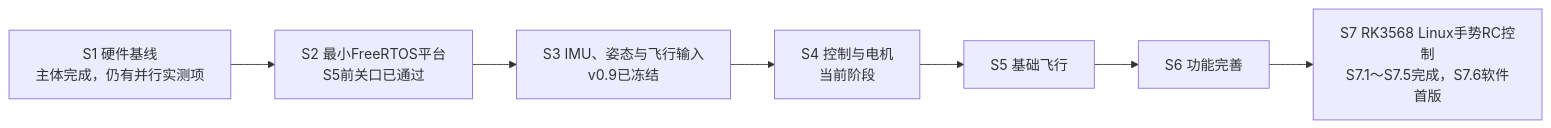
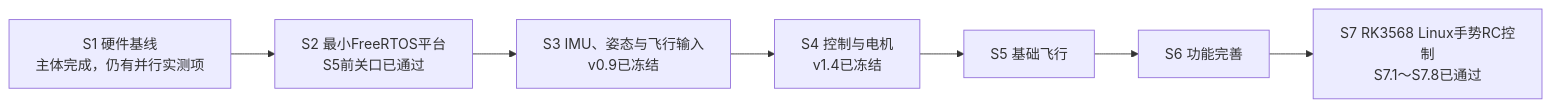
The diagram in Docs/00_项目开发路线与统一进度.md (weiguang0423/getfun-f722-freertos), drawn with Mermaid before and after one commit. The commit also changed other lines of this file and 4 other files, not shown here.

````diff
--- a/Docs/00_项目开发路线与统一进度.md
+++ b/Docs/00_项目开发路线与统一进度.md
@@ -98,12 +98,12 @@
 ```mermaid
 flowchart LR
     S1["S1 硬件基线<br/>主体完成，仍有并行实测项"]
     S2["S2 最小FreeRTOS平台<br/>S5前关口已通过"]
     S3["S3 IMU、姿态与飞行输入<br/>v0.9已冻结"]
-    S4["S4 控制与电机<br/>当前阶段"]
+    S4["S4 控制与电机<br/>v1.4已冻结"]
     S5["S5 基础飞行"]
     S6["S6 功能完善"]
-    S7["S7 RK3568 Linux手势RC控制<br/>S7.1～S7.5完成，S7.6软件首版"]
+    S7["S7 RK3568 Linux手势RC控制<br/>S7.1～S7.8已通过"]
 
     S1 --> S2 --> S3 --> S4 --> S5 --> S6 --> S7
 ```
````
